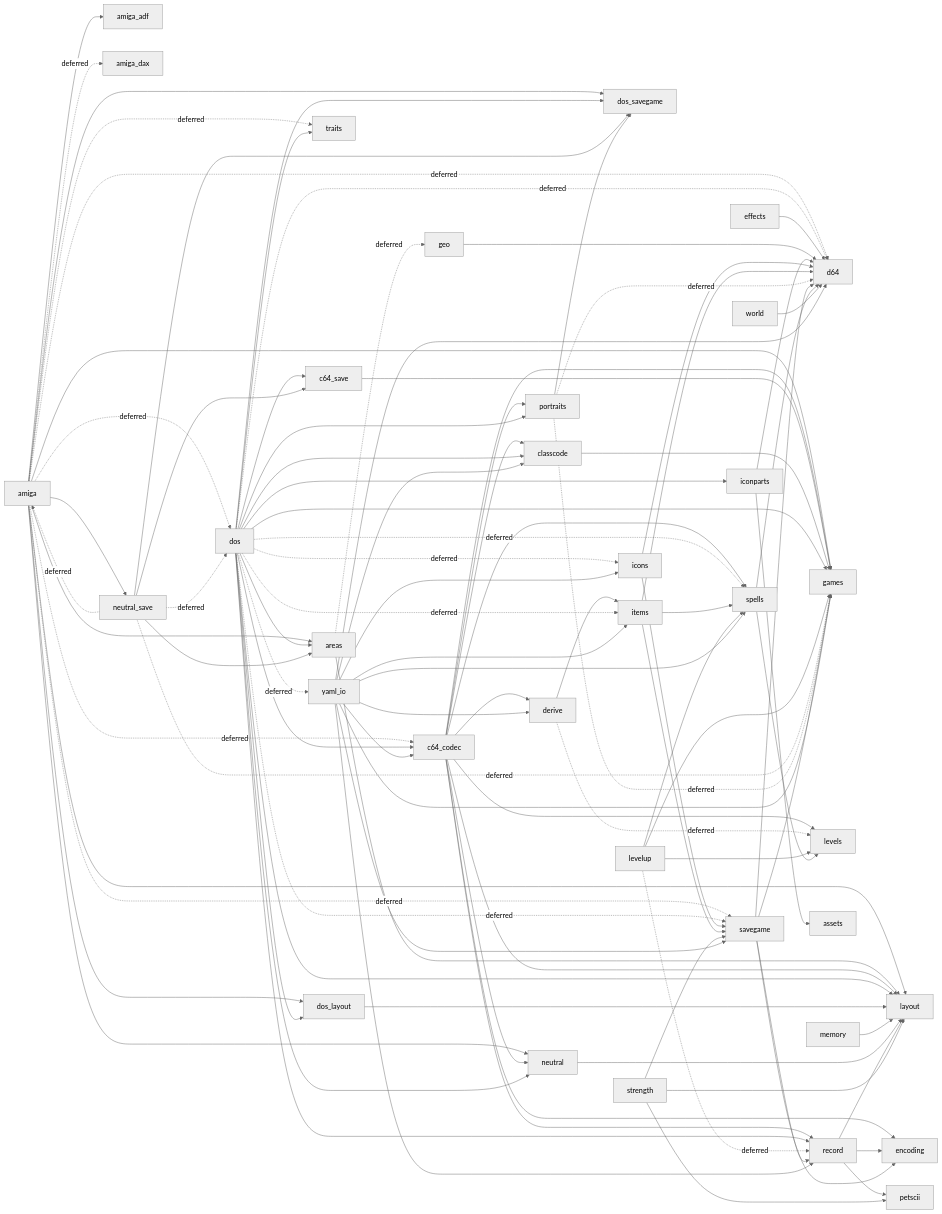
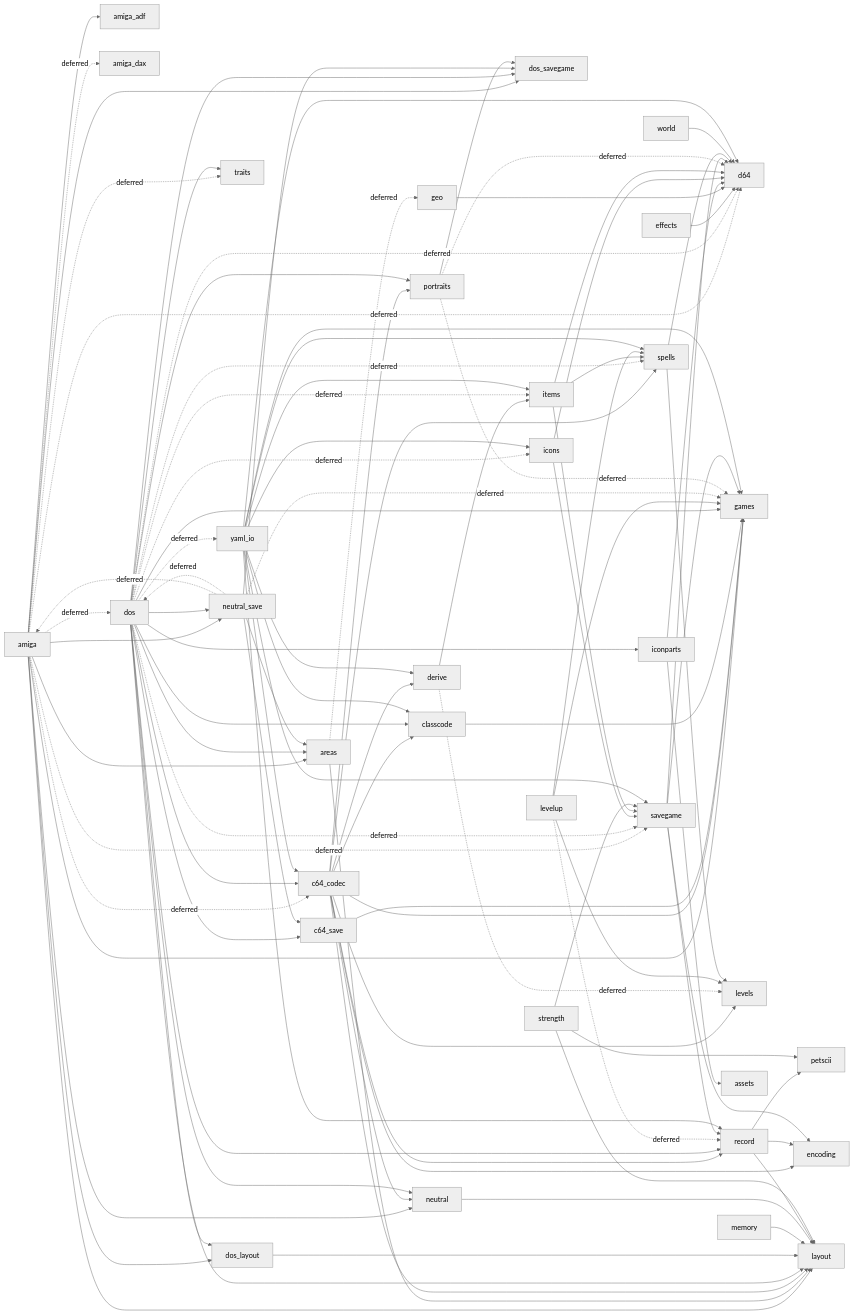
One commit to malcyon/wish changed the fourth of 4 diagrams in docs/117-save-conversion.md. Above: the diagram before and after it, drawn with Mermaid (neutral theme). The commit also changed 6 other files, not shown here.

First line of the commit message:
Split both container writers so they take a NeutralSave, which is what lets an Amiga party's position reach the other two ports (#352)

```diff
--- a/docs/117-save-conversion.md
+++ b/docs/117-save-conversion.md
@@ -1898,6 +1898,7 @@
   dos -.->|deferred| items
   dos --> layout
   dos --> neutral
+  dos --> neutral_save
   dos --> portraits
   dos --> record
   dos -.->|deferred| savegame
```
